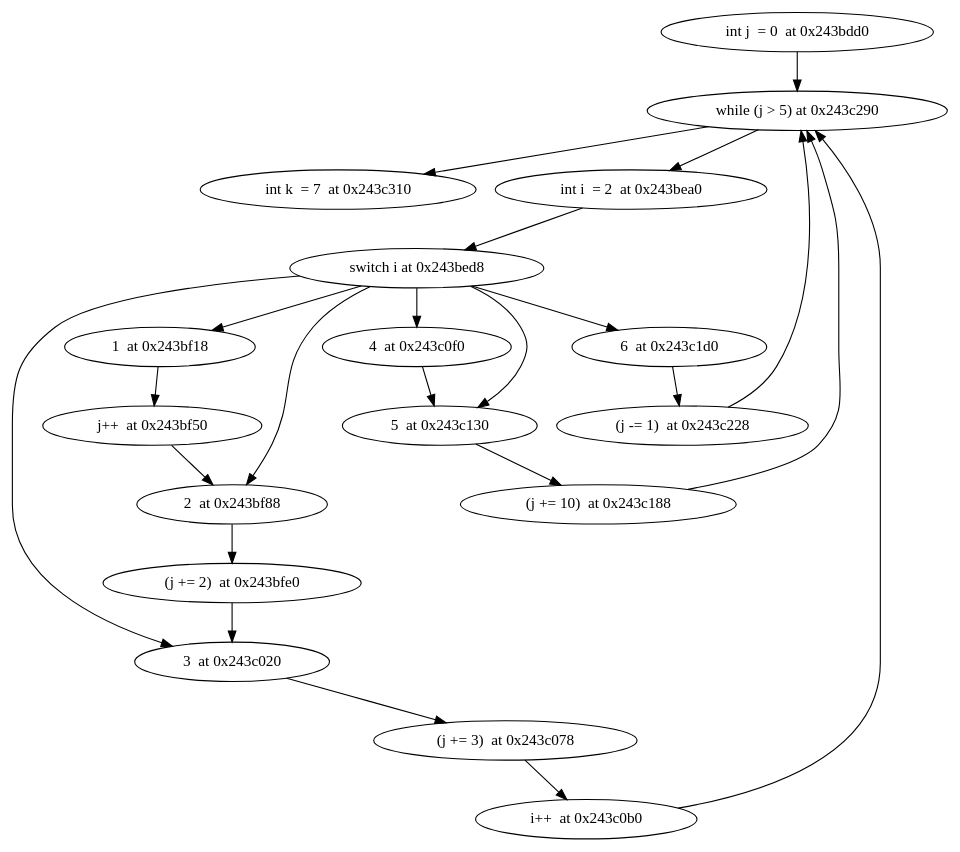
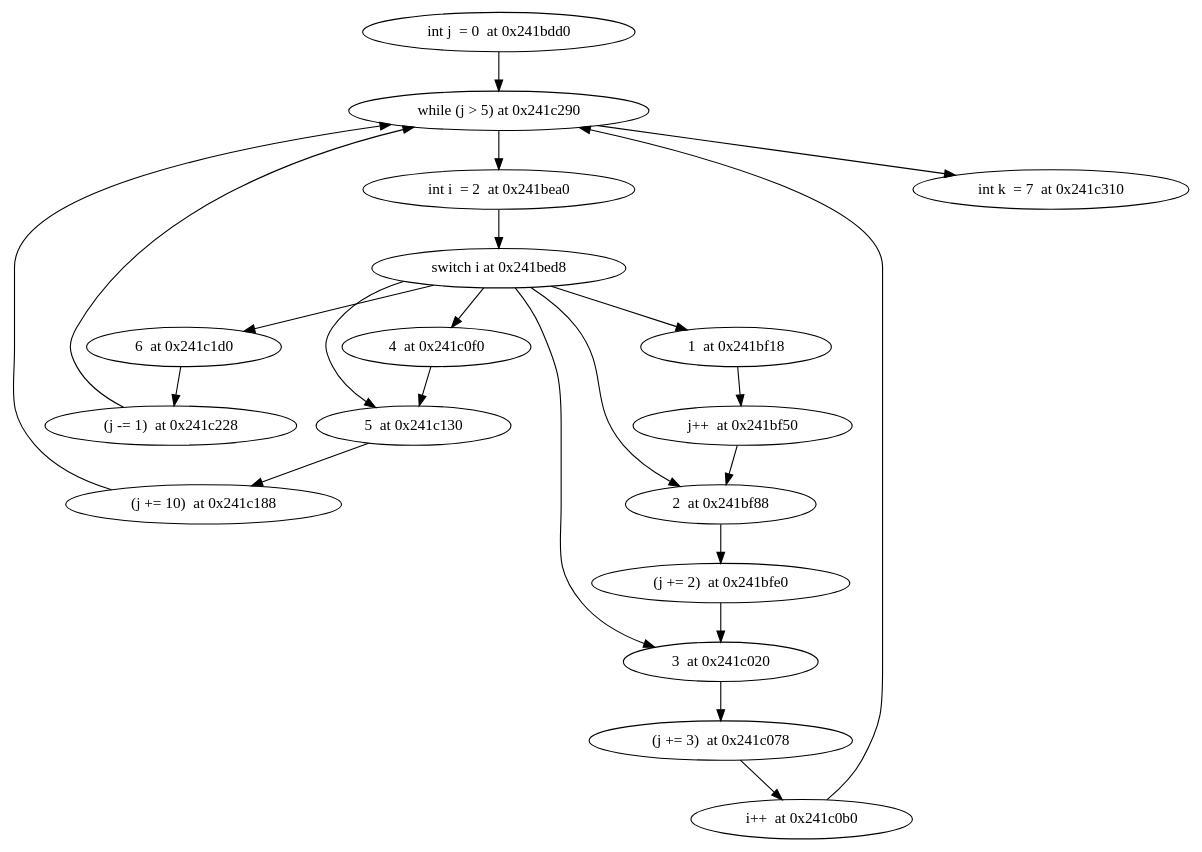
Before and after one commit to jxw1102/Projet-merou: the diagram in ModelChecker/unitary_tests/switch/test.dot, drawn with Graphviz. The commit also changed 21 other files, not shown here.

```diff
--- a/ModelChecker/unitary_tests/switch/test.dot
+++ b/ModelChecker/unitary_tests/switch/test.dot
@@ -1,24 +1,24 @@
 digraph {
-"int j  = 0  at 0x243bdd0 " -> "while (j > 5) at 0x243c290 "
-"while (j > 5) at 0x243c290 " -> "int k  = 7  at 0x243c310 "
-"while (j > 5) at 0x243c290 " -> "int i  = 2  at 0x243bea0 "
-"int i  = 2  at 0x243bea0 " -> "switch i at 0x243bed8 "
-"switch i at 0x243bed8 " -> "6  at 0x243c1d0 "
-"switch i at 0x243bed8 " -> "3  at 0x243c020 "
-"switch i at 0x243bed8 " -> "4  at 0x243c0f0 "
-"switch i at 0x243bed8 " -> "2  at 0x243bf88 "
-"switch i at 0x243bed8 " -> "5  at 0x243c130 "
-"switch i at 0x243bed8 " -> "1  at 0x243bf18 "
-"6  at 0x243c1d0 " -> "(j -= 1)  at 0x243c228 "
-"(j -= 1)  at 0x243c228 " -> "while (j > 5) at 0x243c290 "
-"3  at 0x243c020 " -> "(j += 3)  at 0x243c078 "
-"(j += 3)  at 0x243c078 " -> "i++  at 0x243c0b0 "
-"i++  at 0x243c0b0 " -> "while (j > 5) at 0x243c290 "
-"4  at 0x243c0f0 " -> "5  at 0x243c130 "
-"5  at 0x243c130 " -> "(j += 10)  at 0x243c188 "
-"(j += 10)  at 0x243c188 " -> "while (j > 5) at 0x243c290 "
-"2  at 0x243bf88 " -> "(j += 2)  at 0x243bfe0 "
-"(j += 2)  at 0x243bfe0 " -> "3  at 0x243c020 "
-"1  at 0x243bf18 " -> "j++  at 0x243bf50 "
-"j++  at 0x243bf50 " -> "2  at 0x243bf88 "
+"int j  = 0  at 0x241bdd0 " -> "while (j > 5) at 0x241c290 "
+"while (j > 5) at 0x241c290 " -> "int i  = 2  at 0x241bea0 "
+"while (j > 5) at 0x241c290 " -> "int k  = 7  at 0x241c310 "
+"int i  = 2  at 0x241bea0 " -> "switch i at 0x241bed8 "
+"switch i at 0x241bed8 " -> "3  at 0x241c020 "
+"switch i at 0x241bed8 " -> "4  at 0x241c0f0 "
+"switch i at 0x241bed8 " -> "1  at 0x241bf18 "
+"switch i at 0x241bed8 " -> "5  at 0x241c130 "
+"switch i at 0x241bed8 " -> "6  at 0x241c1d0 "
+"switch i at 0x241bed8 " -> "2  at 0x241bf88 "
+"3  at 0x241c020 " -> "(j += 3)  at 0x241c078 "
+"(j += 3)  at 0x241c078 " -> "i++  at 0x241c0b0 "
+"i++  at 0x241c0b0 " -> "while (j > 5) at 0x241c290 "
+"4  at 0x241c0f0 " -> "5  at 0x241c130 "
+"5  at 0x241c130 " -> "(j += 10)  at 0x241c188 "
+"(j += 10)  at 0x241c188 " -> "while (j > 5) at 0x241c290 "
+"1  at 0x241bf18 " -> "j++  at 0x241bf50 "
+"j++  at 0x241bf50 " -> "2  at 0x241bf88 "
+"2  at 0x241bf88 " -> "(j += 2)  at 0x241bfe0 "
+"(j += 2)  at 0x241bfe0 " -> "3  at 0x241c020 "
+"6  at 0x241c1d0 " -> "(j -= 1)  at 0x241c228 "
+"(j -= 1)  at 0x241c228 " -> "while (j > 5) at 0x241c290 "
 }
```
